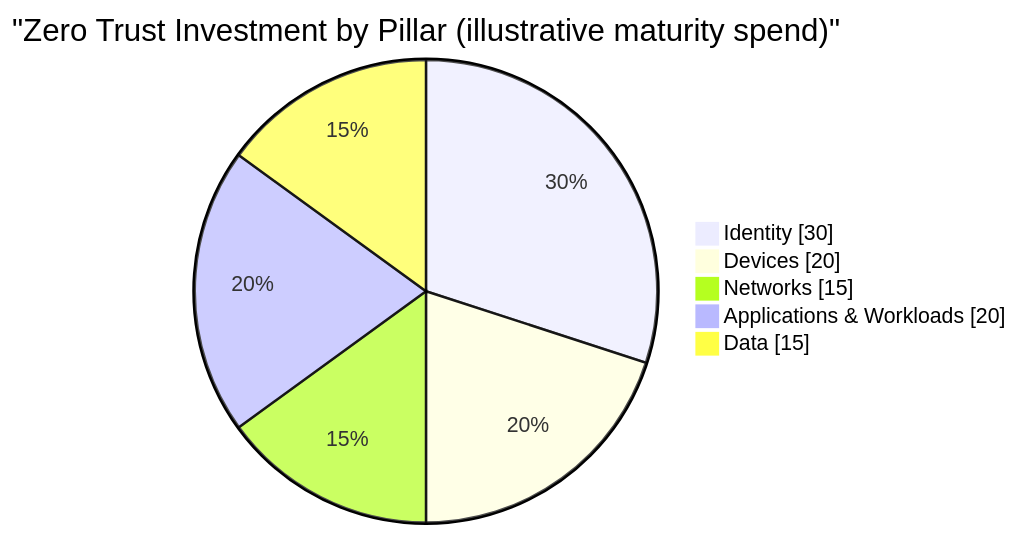
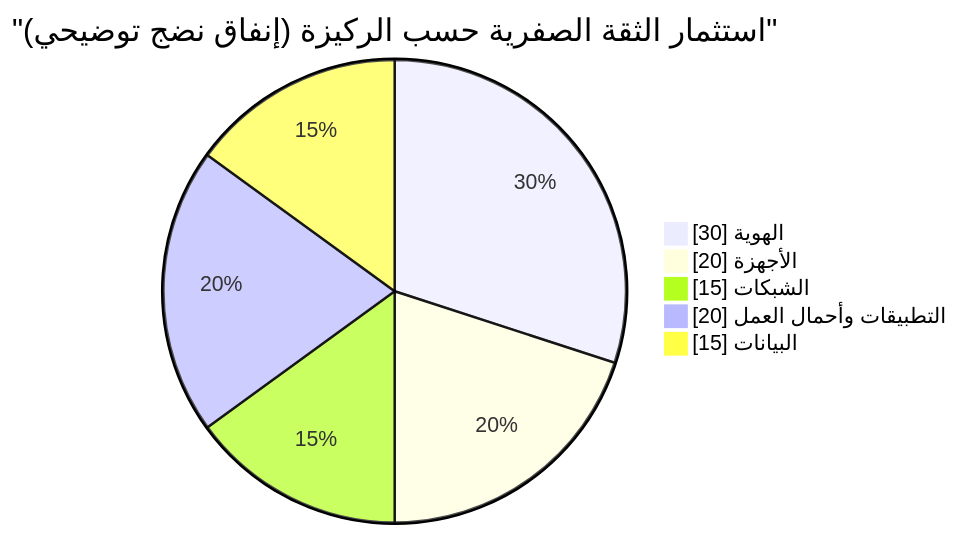
Before and after one commit to ibra-kdbra/banije: the eighth of 8 diagrams in src/content/translate/ar/identity-and-access-in-depth.md, drawn with Mermaid. The commit also changed other lines of this file and 33 other files, not shown here.

````diff
--- a/src/content/translate/ar/identity-and-access-in-depth.md
+++ b/src/content/translate/ar/identity-and-access-in-depth.md
@@ -372,9 +372,9 @@
 ```mermaid
 pie showData
-    title "Zero Trust Investment by Pillar (illustrative maturity spend)"
-    "Identity" : 30
-    "Devices" : 20
-    "Networks" : 15
-    "Applications & Workloads" : 20
-    "Data" : 15
+    title "استثمار الثقة الصفرية حسب الركيزة (إنفاق نضج توضيحي)"
+    "الهوية" : 30
+    "الأجهزة" : 20
+    "الشبكات" : 15
+    "التطبيقات وأحمال العمل" : 20
+    "البيانات" : 15
 ```
````
